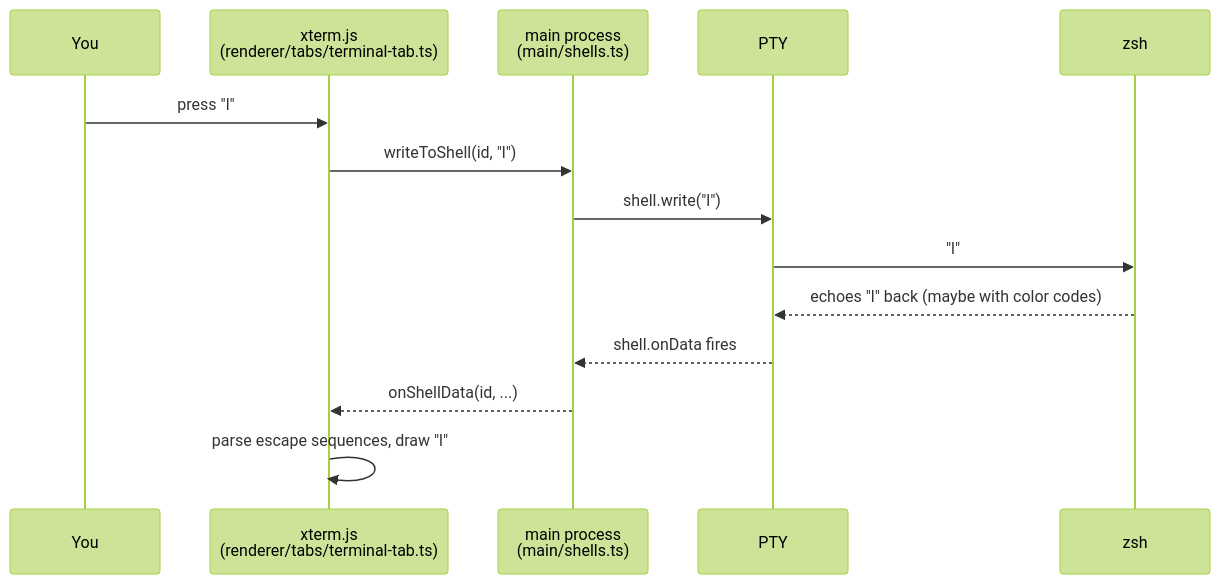
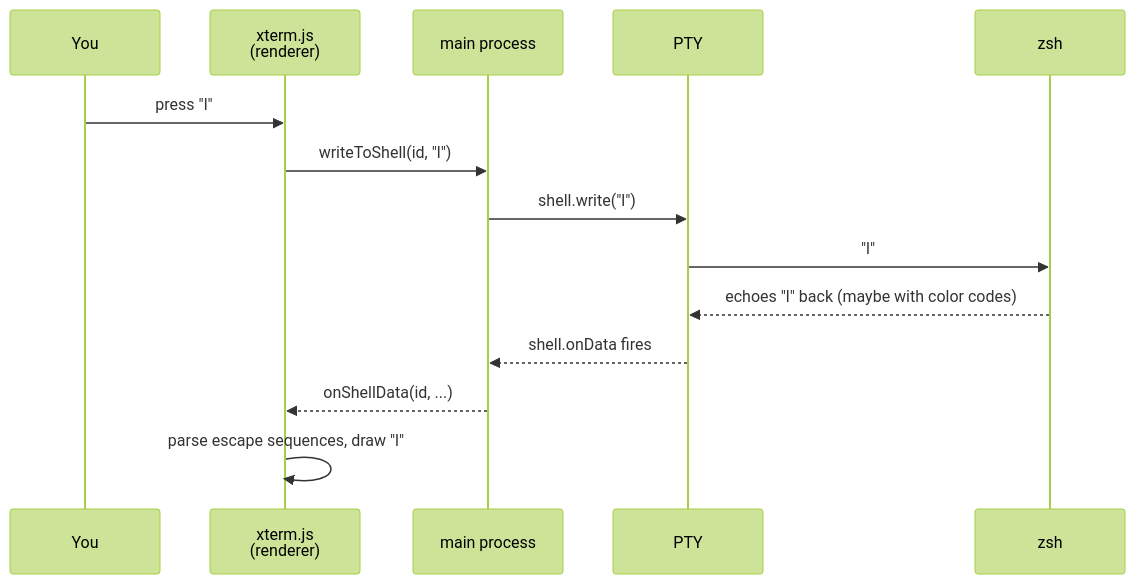
The second of 2 diagrams in README.md (luis-herasme/lmux), drawn with Mermaid (forest theme) before and after one commit. The commit also changed other lines of this file and 3 other files, not shown here.

````diff
--- a/README.md
+++ b/README.md
@@ -70,17 +70,17 @@
 ```mermaid
 sequenceDiagram
     participant You
-    participant X as xterm.js<br/>(renderer/tabs/terminal-tab.ts)
-    participant M as main process<br/>(main/shells.ts)
+    participant X as xterm.js<br/>(renderer)
+    participant M as main process
     participant P as PTY
     participant Z as zsh
 
     You->>X: press "l"
     X->>M: writeToShell(id, "l")
     M->>P: shell.write("l")
     P->>Z: "l"
     Z-->>P: echoes "l" back (maybe with color codes)
     P-->>M: shell.onData fires
     M-->>X: onShellData(id, ...)
     X->>X: parse escape sequences, draw "l"
 ```
````
